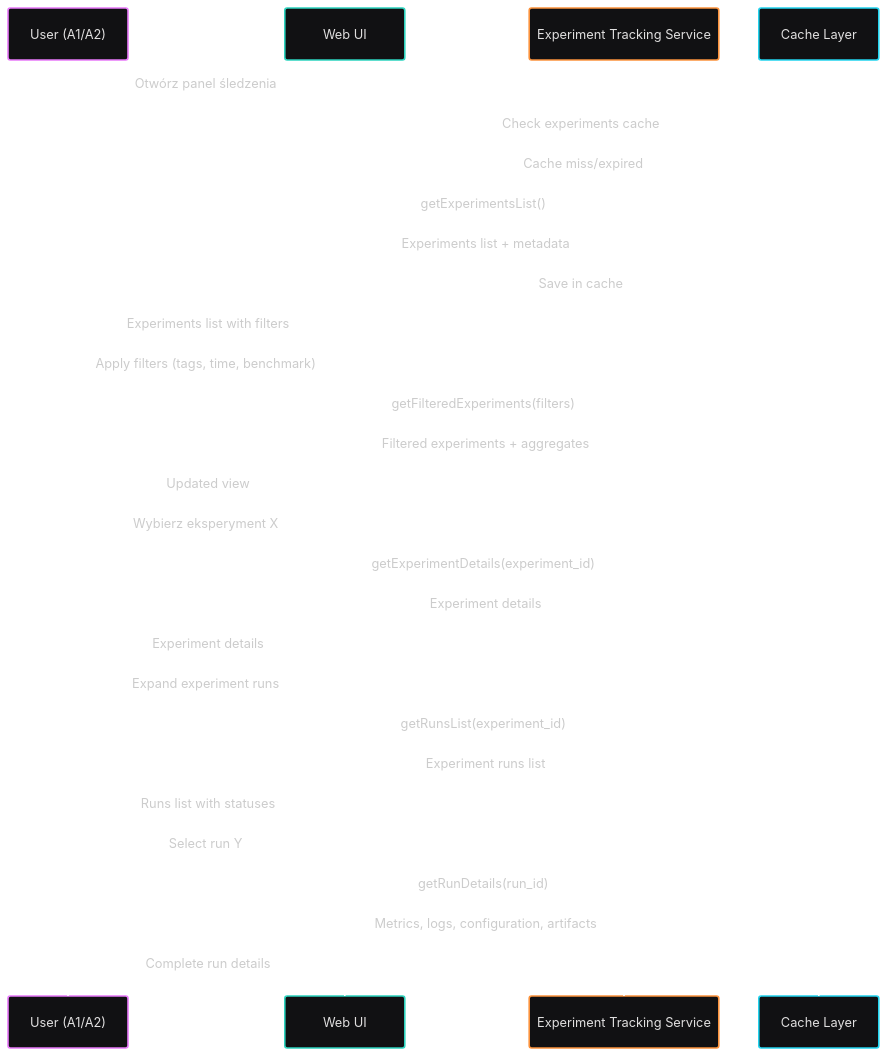
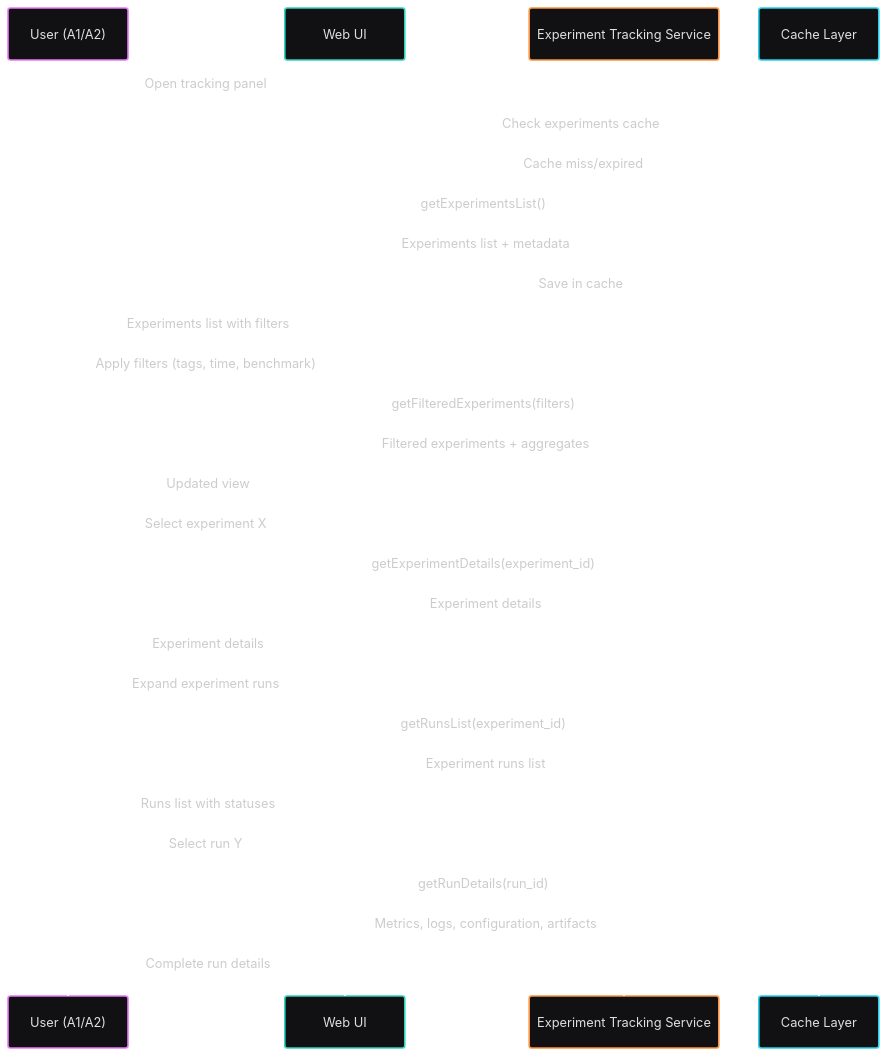
Before and after one commit to jedrzejpolaczek/aviarium.corvidae.corvus_corone: diagram 13 of 33 in docs/requirements/use-cases.md, drawn with Mermaid. The commit also changed other lines of this file and 12 other files, not shown here.

````diff
--- a/docs/requirements/use-cases.md
+++ b/docs/requirements/use-cases.md
@@ -615,34 +615,34 @@
 ```mermaid
 ---
 config:
   theme: redux-dark-color
 ---
 sequenceDiagram
     participant User as User (A1/A2)
     participant UI as Web UI
     participant ETS as Experiment Tracking Service
     participant Cache as Cache Layer
-    User->>UI: Otwórz panel śledzenia
+    User->>UI: Open tracking panel
     UI->>Cache: Check experiments cache
     Cache-->>UI: Cache miss/expired
     UI->>ETS: getExperimentsList()
     ETS-->>UI: Experiments list + metadata
     UI->>Cache: Save in cache
     UI-->>User: Experiments list with filters
     User->>UI: Apply filters (tags, time, benchmark)
     UI->>ETS: getFilteredExperiments(filters)
     ETS-->>UI: Filtered experiments + aggregates
     UI-->>User: Updated view
-    User->>UI: Wybierz eksperyment X
+    User->>UI: Select experiment X
     UI->>ETS: getExperimentDetails(experiment_id)
     ETS-->>UI: Experiment details
     UI-->>User: Experiment details
     User->>UI: Expand experiment runs
     UI->>ETS: getRunsList(experiment_id)
     ETS-->>UI: Experiment runs list
     UI-->>User: Runs list with statuses
     User->>UI: Select run Y
     UI->>ETS: getRunDetails(run_id)
     ETS-->>UI: Metrics, logs, configuration, artifacts
     UI-->>User: Complete run details
 ```
````
